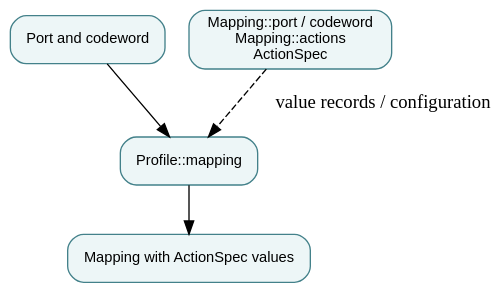
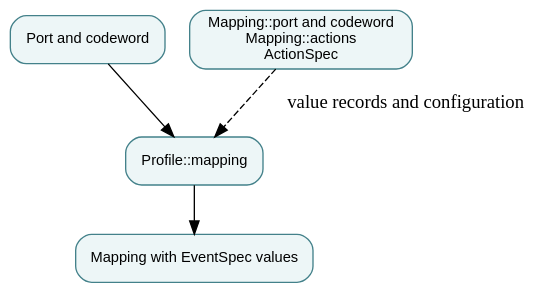
The diagram in docs/modules/port-codeword-and-waveform-map.md (qsbit-org/qsbit-sim), drawn with Graphviz before and after one commit. The commit also changed other lines of this file and 71 other files, not shown here.

````diff
--- a/docs/modules/port-codeword-and-waveform-map.md
+++ b/docs/modules/port-codeword-and-waveform-map.md
@@ -16,11 +16,11 @@
 ```{graphviz}
 digraph module {
   rankdir=TB; bgcolor="transparent";
   node [shape=box, style="rounded,filled", fillcolor="#edf6f7", color="#43818a", fontname="sans-serif", fontsize=11];
   input [label="Port and codeword"];
   owner [label="Profile::mapping"];
-  state [label="Mapping::port / codeword\nMapping::actions\nActionSpec"];
-  output [label="Mapping with ActionSpec values"];
-  input -> owner; owner -> output; state -> owner [style=dashed, label="value records / configuration"];
+  state [label="Mapping::port and codeword\nMapping::actions\nActionSpec"];
+  output [label="Mapping with EventSpec values"];
+  input -> owner; owner -> output; state -> owner [style=dashed, label="value records and configuration"];
 }
 ```
````
